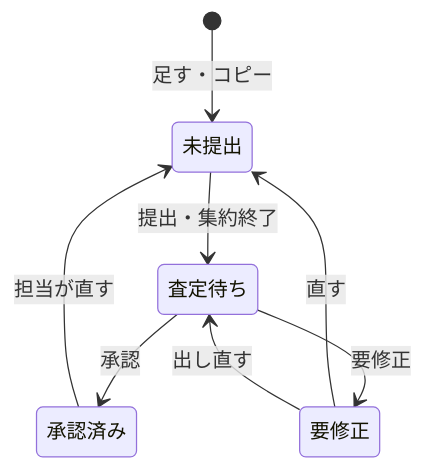
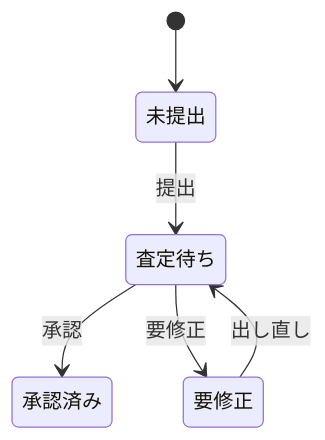
Before and after one commit to Kota-Ohira17/expenditure: diagram 16 of 18 in docs/仕様書.md, drawn with Mermaid. The commit also changed other lines of this file, not shown here.

Commit message:
仕様書のMermaid図を短く描き直す

````diff
--- a/docs/仕様書.md
+++ b/docs/仕様書.md
@@ -1469,14 +1367,12 @@
 ```mermaid
 stateDiagram-v2
-    [*] --> draft: 足す・コピー
-    state "未提出" as draft
-    state "査定待ち" as submitted
-    state "要修正" as returned
-    state "承認済み" as approved
-    draft --> submitted: 提出・集約終了
-    submitted --> approved: 承認
-    submitted --> returned: 要修正
-    returned --> draft: 直す
-    returned --> submitted: 出し直す
-    approved --> draft: 担当が直す
+    state "未提出" as A
+    state "査定待ち" as B
+    state "要修正" as C
+    state "承認済み" as D
+    [*] --> A
+    A --> B: 提出
+    B --> D: 承認
+    B --> C: 要修正
+    C --> B: 出し直し
 ```
````
